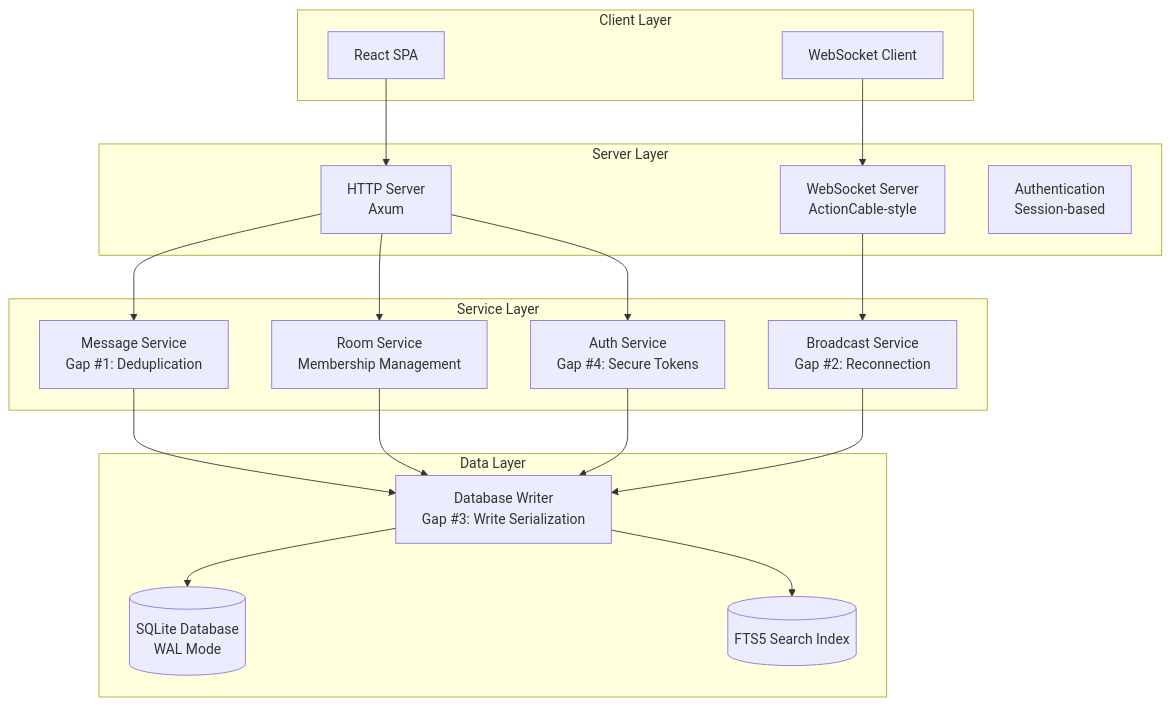
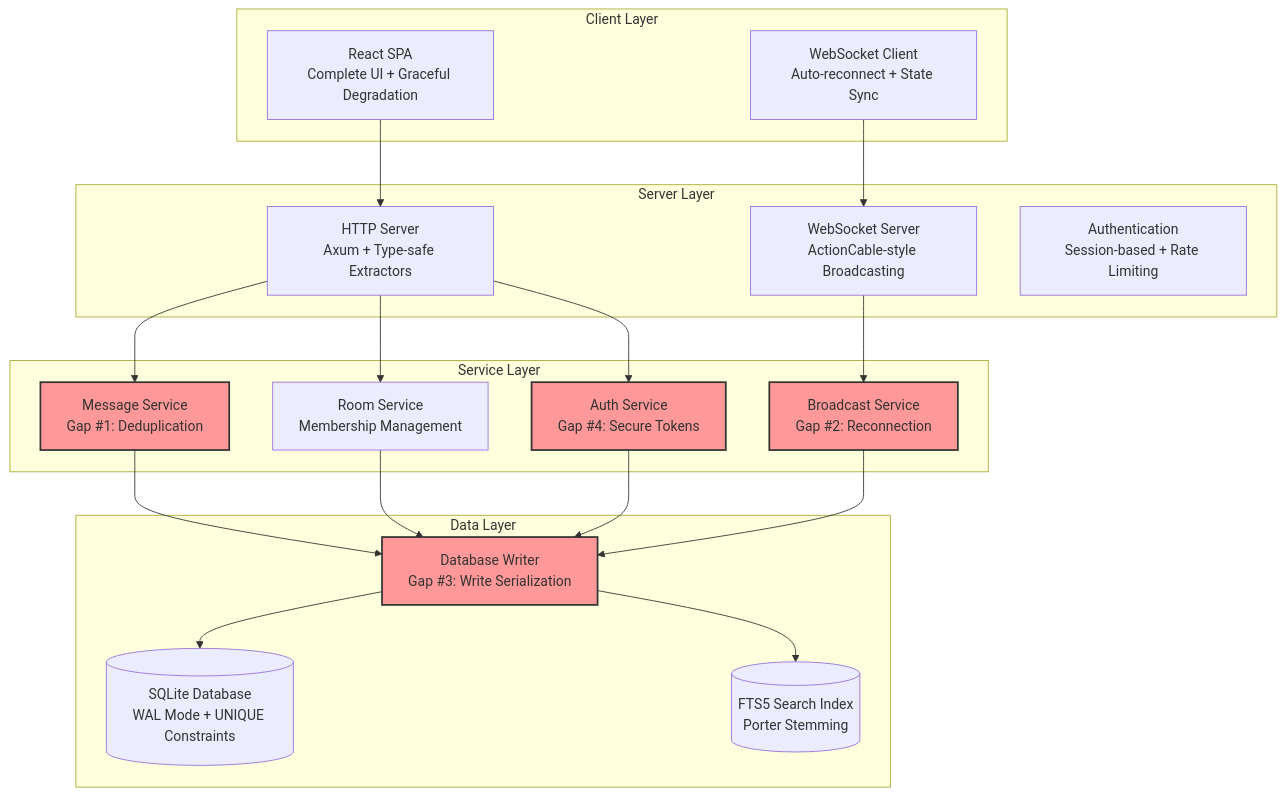
One commit to that-in-rust/campfire-on-rust changed the first of 3 diagrams in .kiro/specs/campfire-rust-rewrite/architecture.md. Above: the diagram before and after it, drawn with Mermaid. The commit also changed other lines of this file and 5 other files, not shown here.

Commit message:
mermaid diagrams

````diff
--- a/.kiro/specs/campfire-rust-rewrite/architecture.md
+++ b/.kiro/specs/campfire-rust-rewrite/architecture.md
@@ -19,39 +20,42 @@
 ```mermaid
 graph TB
     subgraph "Client Layer"
-        React[React SPA]
-        WS_Client[WebSocket Client]
+        React[React SPA<br/>Complete UI + Graceful Degradation]
+        WS_Client[WebSocket Client<br/>Auto-reconnect + State Sync]
     end
     
     subgraph "Server Layer"
-        HTTP[HTTP Server<br/>Axum]
-        WS_Server[WebSocket Server<br/>ActionCable-style]
-        Auth[Authentication<br/>Session-based]
+        HTTP[HTTP Server<br/>Axum + Type-safe Extractors]
+        WS_Server[WebSocket Server<br/>ActionCable-style Broadcasting]
+        Auth[Authentication<br/>Session-based + Rate Limiting]
     end
     
     subgraph "Service Layer"
         MessageSvc[Message Service<br/>Gap #1: Deduplication]
         RoomSvc[Room Service<br/>Membership Management]
         AuthSvc[Auth Service<br/>Gap #4: Secure Tokens]
         BroadcastSvc[Broadcast Service<br/>Gap #2: Reconnection]
     end
     
     subgraph "Data Layer"
         Writer[Database Writer<br/>Gap #3: Write Serialization]
-        SQLite[(SQLite Database<br/>WAL Mode)]
-        FTS5[(FTS5 Search Index)]
+        SQLite[(SQLite Database<br/>WAL Mode + UNIQUE Constraints)]
+        FTS5[(FTS5 Search Index<br/>Porter Stemming)]
     end
     
     React --> HTTP
     WS_Client --> WS_Server
     HTTP --> MessageSvc
     HTTP --> RoomSvc
     HTTP --> AuthSvc
     WS_Server --> BroadcastSvc
     MessageSvc --> Writer
     RoomSvc --> Writer
     AuthSvc --> Writer
     BroadcastSvc --> Writer
     Writer --> SQLite
     Writer --> FTS5
+    
+    classDef criticalGap fill:#ff9999,stroke:#333,stroke-width:2px
+    class MessageSvc,BroadcastSvc,Writer,AuthSvc criticalGap
 ```
````
